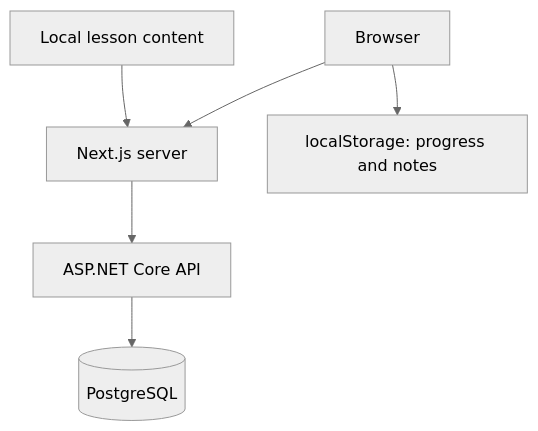
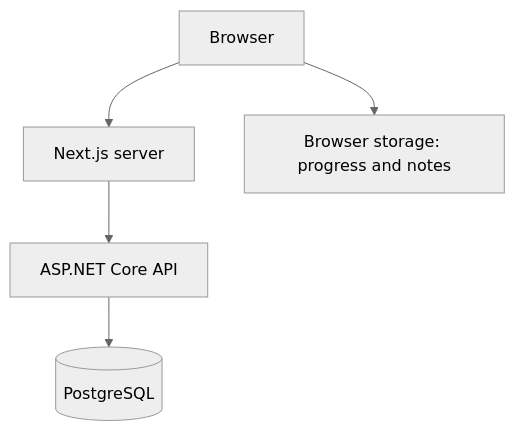
The diagram in README.md (AndriiVDO/skillforge), drawn with Mermaid (neutral theme) before and after one commit. The commit also changed other lines of this file, not shown here.

````diff
--- a/README.md
+++ b/README.md
@@ -21,8 +26,7 @@
 ```mermaid
 flowchart TD
     Browser["Browser"] --> Next["Next.js server"]
     Next --> API["ASP.NET Core API"]
     API --> DB[("PostgreSQL")]
-    Browser --> Storage["localStorage: progress and notes"]
-    Content["Local lesson content"] --> Next
+    Browser --> Storage["Browser storage: progress and notes"]
 ```
````
